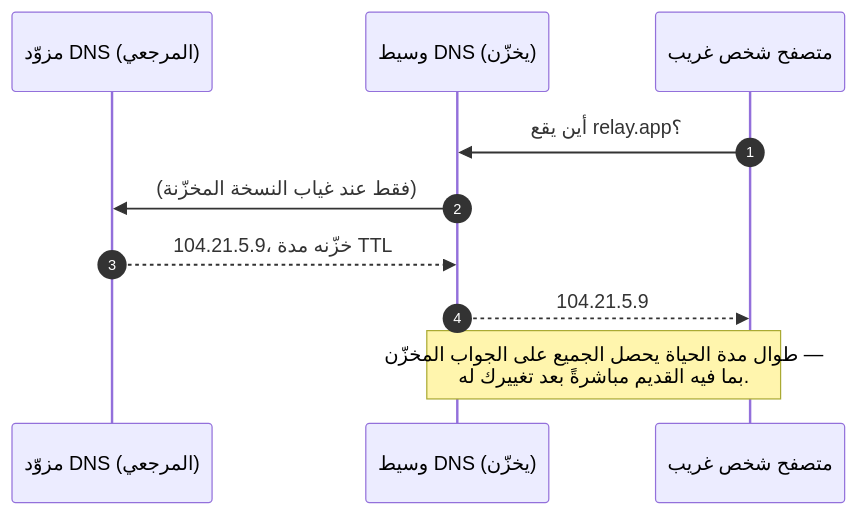
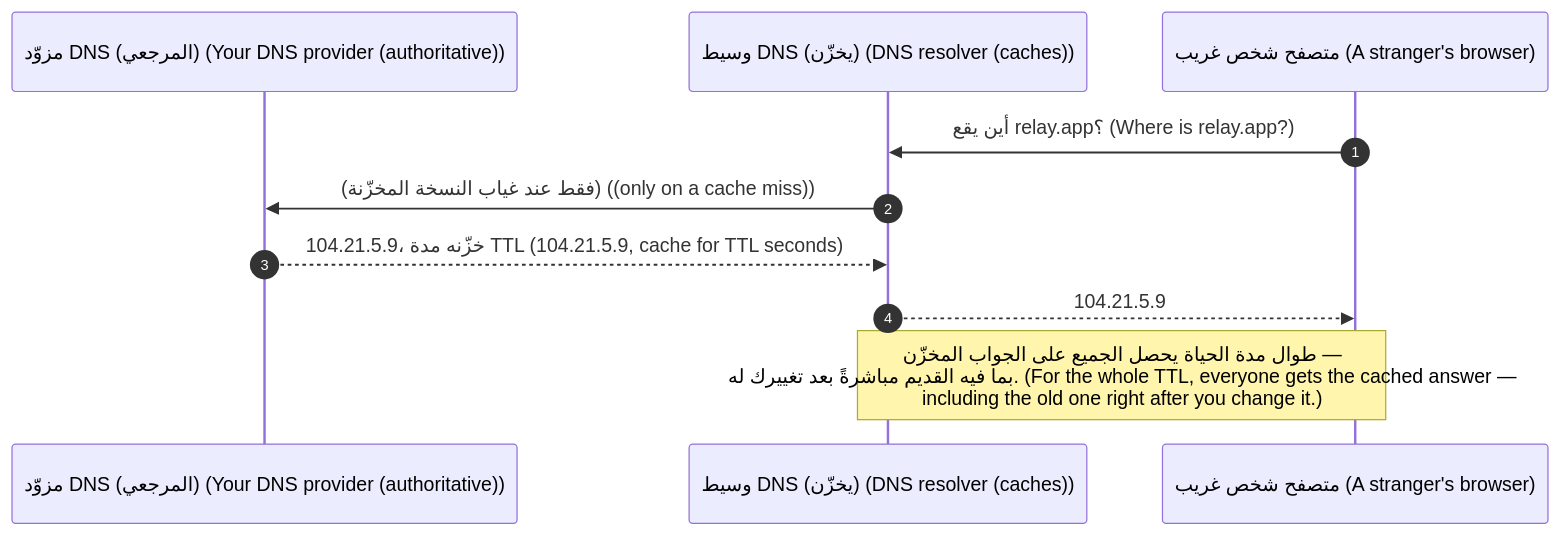
One commit to Tamoura/system-design-for-vibe-coders changed the first of 5 diagrams in modules/11-reaching-the-world/module.ar.md. Above: the diagram before and after it, drawn with Mermaid. The commit also changed other lines of this file and 62 other files, not shown here.

First line of the commit message:
Arabic editions: English on every diagram label, RTL fixes, rebuild

````diff
--- a/modules/11-reaching-the-world/module.ar.md
+++ b/modules/11-reaching-the-world/module.ar.md
@@ -35,12 +35,12 @@
 ```mermaid
 sequenceDiagram
     autonumber
-    participant A as مزوّد DNS (المرجعي)
-    participant R as وسيط DNS (يخزّن)
-    participant U as متصفح شخص غريب
-    U->>R: أين يقع relay.app؟
-    R->>A: (فقط عند غياب النسخة المخزّنة)
-    A-->>R: 104.21.5.9، خزّنه مدة TTL
+    participant A as مزوّد DNS (المرجعي) (Your DNS provider (authoritative))
+    participant R as وسيط DNS (يخزّن) (DNS resolver (caches))
+    participant U as متصفح شخص غريب (A stranger's browser)
+    U->>R: أين يقع relay.app؟ (Where is relay.app?)
+    R->>A: (فقط عند غياب النسخة المخزّنة) ((only on a cache miss))
+    A-->>R: 104.21.5.9، خزّنه مدة TTL (104.21.5.9, cache for TTL seconds)
     R-->>U: 104.21.5.9
-    Note over R,U: طوال مدة الحياة يحصل الجميع على الجواب المخزّن —<br/>بما فيه القديم مباشرةً بعد تغييرك له.
+    Note over R,U: طوال مدة الحياة يحصل الجميع على الجواب المخزّن —<br/>بما فيه القديم مباشرةً بعد تغييرك له. (For the whole TTL, everyone gets the cached answer —<br/>including the old one right after you change it.)
 ```
````
